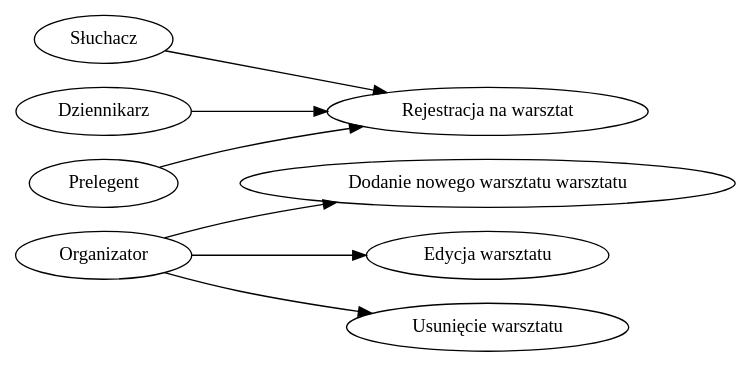
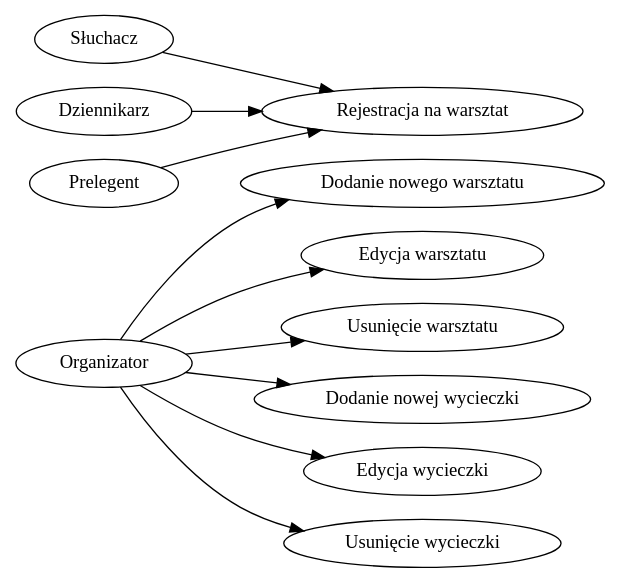
The diagram in przypadki.dot (zyla/iop_konferencja), drawn with Graphviz before and after one commit. The commit also changed 5 other files, not shown here.

```diff
--- a/przypadki.dot
+++ b/przypadki.dot
@@ -1,7 +1,10 @@
-digraph { rankdir=LR; "Organizator" -> "Dodanie nowego warsztatu warsztatu"
+digraph { rankdir=LR; "Organizator" -> "Dodanie nowego warsztatu"
 "Organizator" -> "Edycja warsztatu"
 "Organizator" -> "Usunięcie warsztatu"
+"Organizator" -> "Dodanie nowej wycieczki"
+"Organizator" -> "Edycja wycieczki"
+"Organizator" -> "Usunięcie wycieczki"
 "Słuchacz" -> "Rejestracja na warsztat"
 "Dziennikarz" -> "Rejestracja na warsztat"
 "Prelegent" -> "Rejestracja na warsztat"
  }
```
